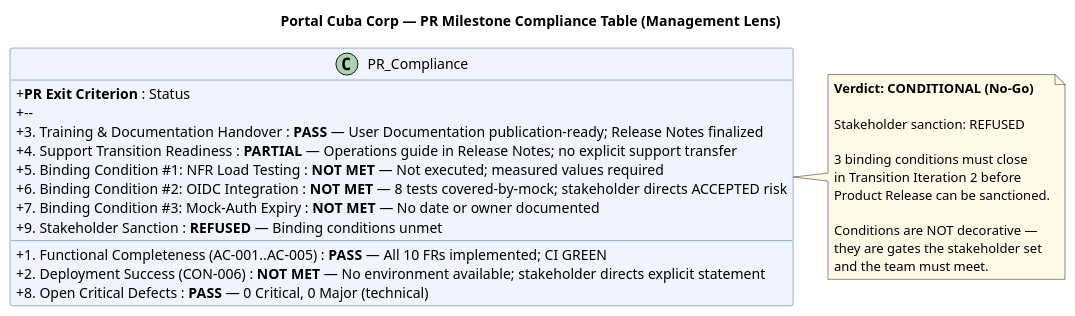
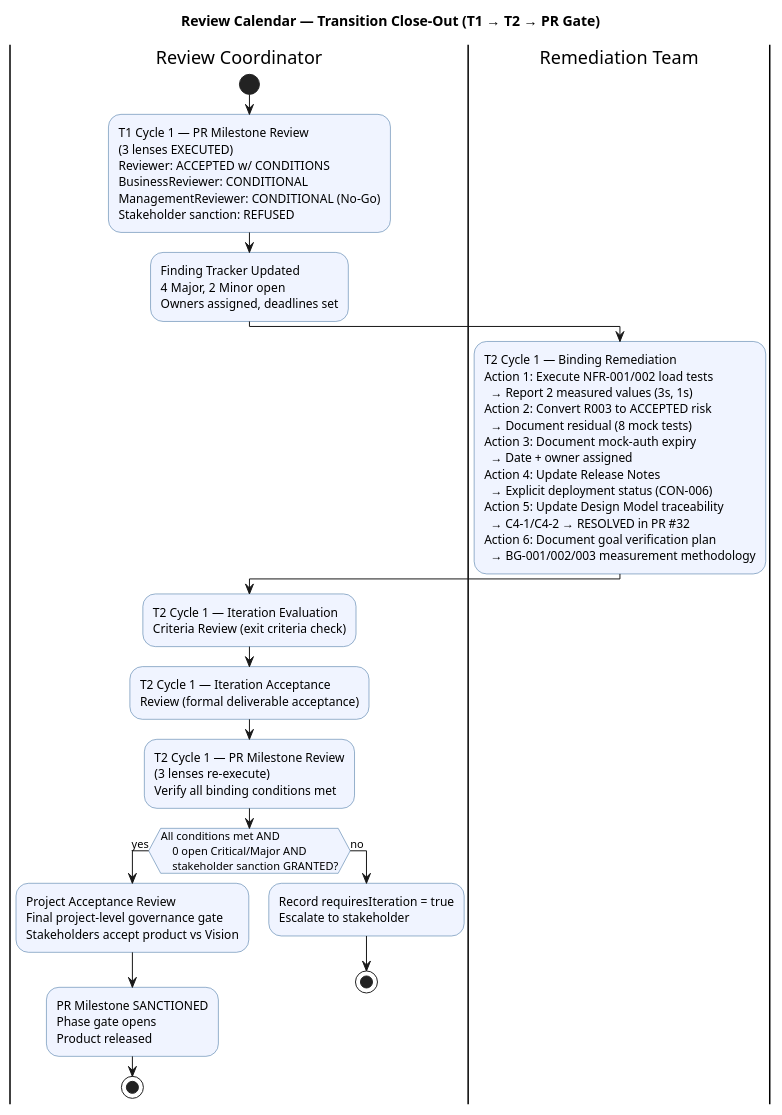
The first of 4 diagrams in docs/artifacts/project-management/review-record.md (banense-test/portal-cuba-corp), drawn with PlantUML before and after one commit. The commit also changed other lines of this file, not shown here.

First line of the commit message:
Review Coordinator [T1]: upsert Review Record

````diff
--- a/docs/artifacts/project-management/review-record.md
+++ b/docs/artifacts/project-management/review-record.md
@@ -209,39 +76,66 @@
 ```plantuml
 @startuml
-title Portal Cuba Corp — PR Milestone Compliance Table (Management Lens)
+title Review Calendar — Transition Close-Out (T1 → T2 → PR Gate)
 
-skinparam classAttributeIconSize 0
-skinparam classBackgroundColor #F0F4FF
-skinparam classBorderColor #336699
-skinparam noteBackgroundColor #FFF9E6
+skinparam activityBackgroundColor #F0F4FF
+skinparam activityBorderColor #336699
+skinparam shadowing false
 
-class PR_Compliance {
-  + **PR Exit Criterion** : Status
-  + --
-  + 1. Functional Completeness (AC-001..AC-005) : **PASS** — All 10 FRs implemented; CI GREEN
-  + 2. Deployment Success (CON-006) : **NOT MET** — No environment available; stakeholder directs explicit statement
-  + 3. Training & Documentation Handover : **PASS** — User Documentation publication-ready; Release Notes finalized
-  + 4. Support Transition Readiness : **PARTIAL** — Operations guide in Release Notes; no explicit support transfer
-  + 5. Binding Condition #1: NFR Load Testing : **NOT MET** — Not executed; measured values required
-  + 6. Binding Condition #2: OIDC Integration : **NOT MET** — 8 tests covered-by-mock; stakeholder directs ACCEPTED risk
-  + 7. Binding Condition #3: Mock-Auth Expiry : **NOT MET** — No date or owner documented
-  + 8. Open Critical Defects : **PASS** — 0 Critical, 0 Major (technical)
-  + 9. Stakeholder Sanction : **REFUSED** — Binding conditions unmet
-}
+|Review Coordinator|
+start
+:T1 Cycle 1 — PR Milestone Review
+(3 lenses EXECUTED)
+Reviewer: ACCEPTED w/ CONDITIONS
+BusinessReviewer: CONDITIONAL
+ManagementReviewer: CONDITIONAL (No-Go)
+Stakeholder sanction: REFUSED;
 
-note right of PR_Compliance
-  **Verdict: CONDITIONAL (No-Go)**
-  
-  Stakeholder sanction: REFUSED
-  
-  3 binding conditions must close
-  in Transition Iteration 2 before
-  Product Release can be sanctioned.
-  
-  Conditions are NOT decorative —
-  they are gates the stakeholder set
-  and the team must meet.
-end note
+:Finding Tracker Updated
+4 Major, 2 Minor open
+Owners assigned, deadlines set;
+
+|Remediation Team|
+:T2 Cycle 1 — Binding Remediation
+Action 1: Execute NFR-001/002 load tests
+  → Report 2 measured values (3s, 1s)
+Action 2: Convert R003 to ACCEPTED risk
+  → Document residual (8 mock tests)
+Action 3: Document mock-auth expiry
+  → Date + owner assigned
+Action 4: Update Release Notes
+  → Explicit deployment status (CON-006)
+Action 5: Update Design Model traceability
+  → C4-1/C4-2 → RESOLVED in PR #32
+Action 6: Document goal verification plan
+  → BG-001/002/003 measurement methodology;
+
+|Review Coordinator|
+:T2 Cycle 1 — Iteration Evaluation
+Criteria Review (exit criteria check);
+
+:T2 Cycle 1 — Iteration Acceptance
+Review (formal deliverable acceptance);
+
+:T2 Cycle 1 — PR Milestone Review
+(3 lenses re-execute)
+Verify all binding conditions met;
+
+if (All conditions met AND
+    0 open Critical/Major AND
+    stakeholder sanction GRANTED?) then (yes)
+  :Project Acceptance Review
+  Final project-level governance gate
+  Stakeholders accept product vs Vision;
+
+  :PR Milestone SANCTIONED
+  Phase gate opens
+  Product released;
+  stop
+else (no)
+  :Record requiresIteration = true
+  Escalate to stakeholder;
+  stop
+endif
 
 @enduml
 ```
````
